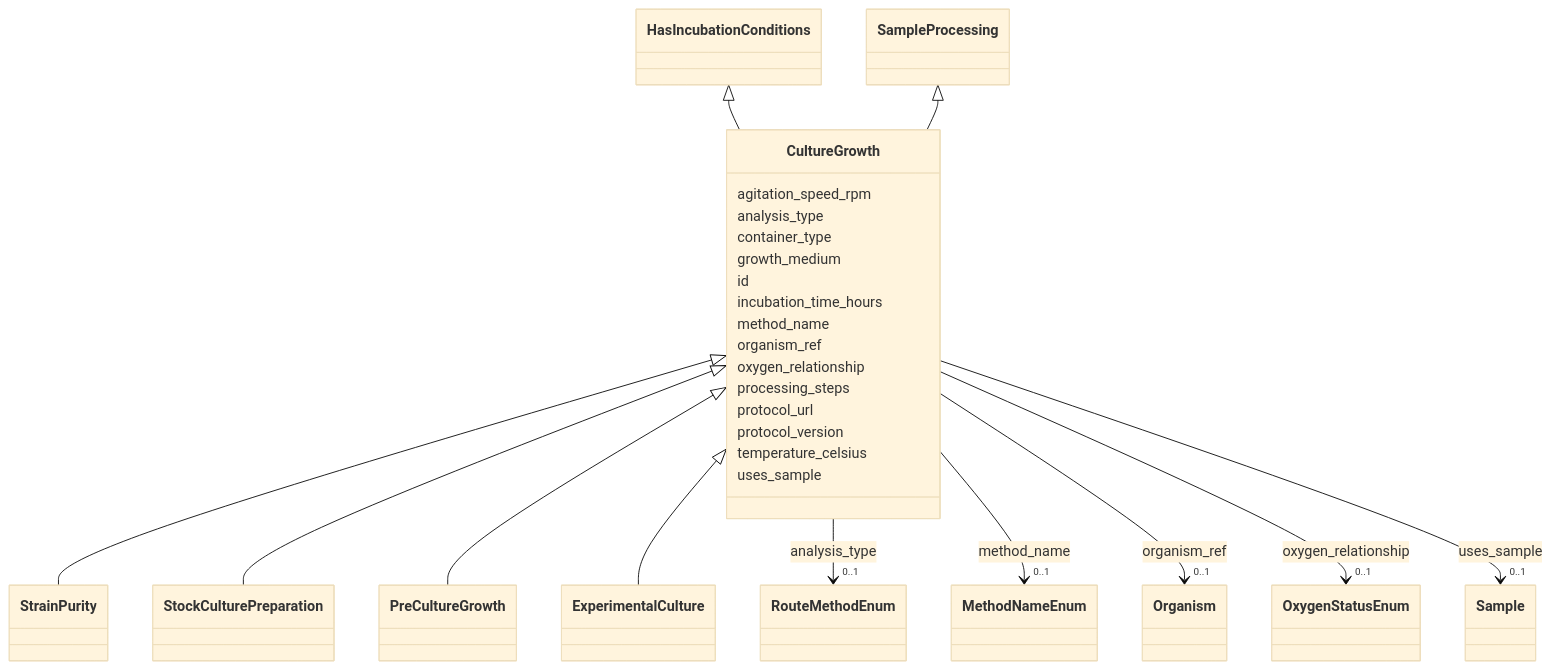
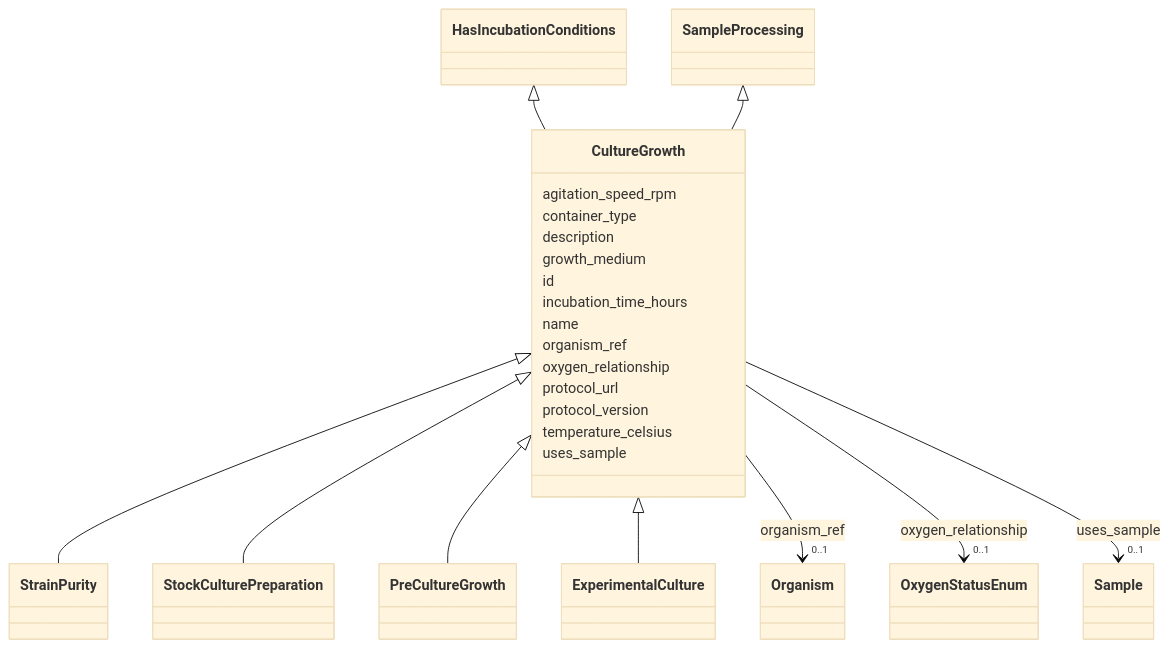
One commit to EMSL-Computing/BASALT-Schema changed the diagram in docs/elements/CultureGrowth.md. Above: the diagram before and after it, drawn with Mermaid (base theme). The commit also changed other lines of this file and 550 other files, not shown here.

```diff
--- a/docs/elements/CultureGrowth.md
+++ b/docs/elements/CultureGrowth.md
@@ -43,18 +43,9 @@
 
       CultureGrowth : agitation_speed_rpm
         
-      CultureGrowth : analysis_type
+      CultureGrowth : container_type
         
-          
-    
-        
-        
-        CultureGrowth --> "0..1" RouteMethodEnum : analysis_type
-        click RouteMethodEnum href "../RouteMethodEnum/"
-    
-
-        
-      CultureGrowth : container_type
+      CultureGrowth : description
         
       CultureGrowth : growth_medium
         
@@ -62,16 +53,7 @@
         
       CultureGrowth : incubation_time_hours
         
-      CultureGrowth : method_name
-        
-          
-    
-        
-        
-        CultureGrowth --> "0..1" MethodNameEnum : method_name
-        click MethodNameEnum href "../MethodNameEnum/"
-    
-
+      CultureGrowth : name
         
       CultureGrowth : organism_ref
         
@@ -95,8 +77,6 @@
     
 
         
-      CultureGrowth : processing_steps
-        
       CultureGrowth : protocol_url
         
       CultureGrowth : protocol_version
```
